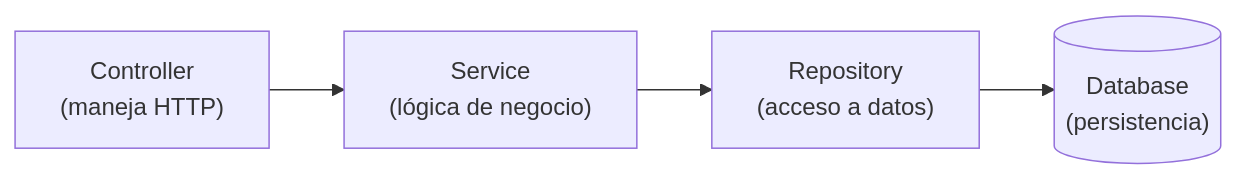
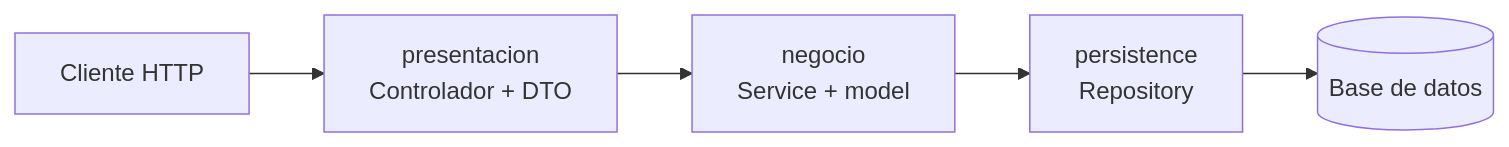
The diagram in generador-cursos/curso-spring-boot/05-diseno-api-rest-en-spring-boot/material/ejemplos/03-mvc-y-arquitectura-en-capas.md (crodrigr/skill-spring-boot), drawn with Mermaid before and after one commit. The commit also changed other lines of this file and 122 other files, not shown here.

````diff
--- a/generador-cursos/curso-spring-boot/05-diseno-api-rest-en-spring-boot/material/ejemplos/03-mvc-y-arquitectura-en-capas.md
+++ b/generador-cursos/curso-spring-boot/05-diseno-api-rest-en-spring-boot/material/ejemplos/03-mvc-y-arquitectura-en-capas.md
@@ -36,6 +37,7 @@
 ```mermaid
 flowchart LR
-    Controller["Controller<br/>(maneja HTTP)"] --> Service["Service<br/>(lógica de negocio)"]
-    Service --> Repository["Repository<br/>(acceso a datos)"]
-    Repository --> Database[("Database<br/>(persistencia)")]
+    Cliente["Cliente HTTP"] --> Presentacion["presentacion<br/>Controlador + DTO"]
+    Presentacion --> Negocio["negocio<br/>Service + model"]
+    Negocio --> Persistence["persistence<br/>Repository"]
+    Persistence --> Database[("Base de datos")]
 ```
````
